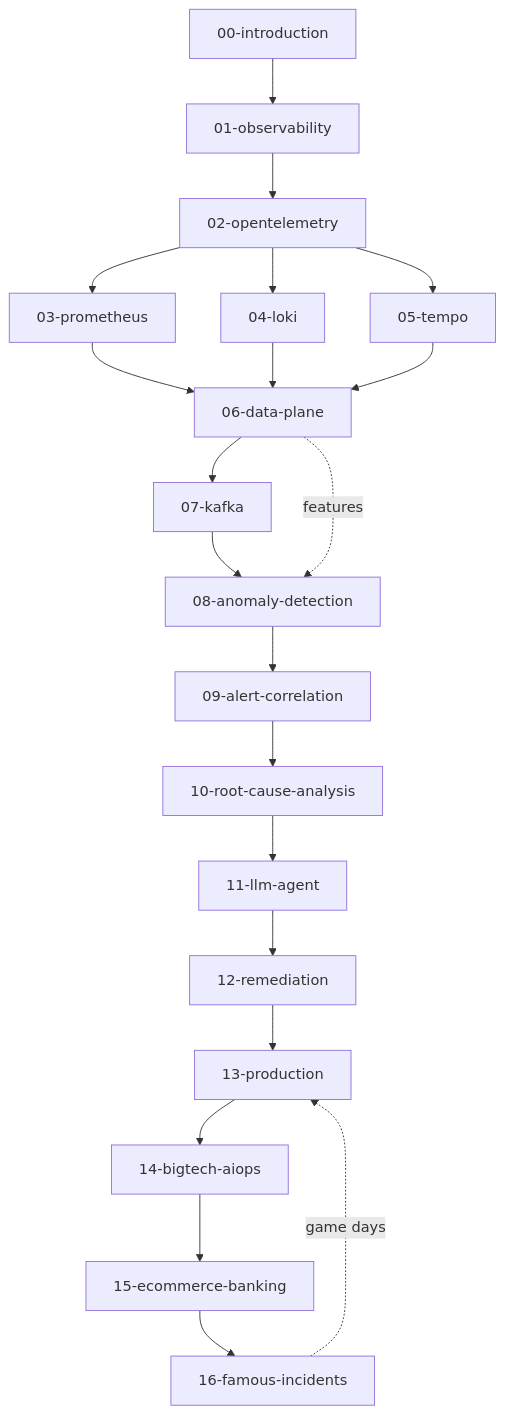
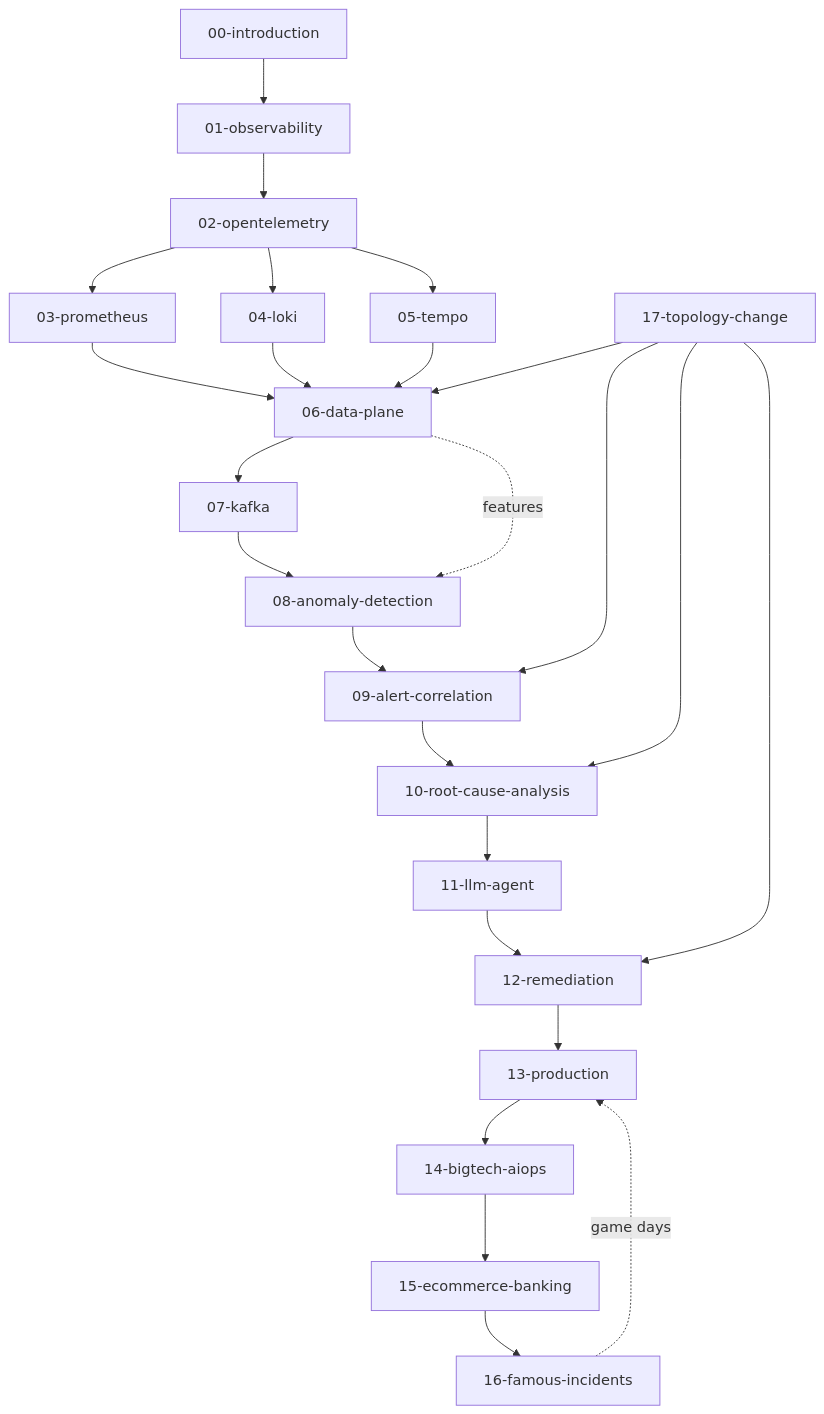
The second of 2 diagrams in README.md (XUanhoa04/aiops-engineering-handbook), drawn with Mermaid before and after one commit. The commit also changed other lines of this file and 19 other files, not shown here.

````diff
--- a/README.md
+++ b/README.md
@@ -155,24 +174,28 @@
 ```mermaid
 graph TD
     INTRO[00-introduction] --> OBS[01-observability]
     OBS --> OTEL[02-opentelemetry]
     OTEL --> PROM[03-prometheus]
     OTEL --> LOKI[04-loki]
     OTEL --> TEMPO[05-tempo]
     PROM --> DP[06-data-plane]
     LOKI --> DP
     TEMPO --> DP
     DP --> KAFKA[07-kafka]
     KAFKA --> AD[08-anomaly-detection]
     AD --> AC[09-alert-correlation]
     AC --> RCA[10-root-cause-analysis]
     RCA --> LLM[11-llm-agent]
     LLM --> REM[12-remediation]
     REM --> PROD[13-production]
     PROD --> BIG[14-bigtech-aiops]
     BIG --> DOM[15-ecommerce-banking]
     DOM --> INC[16-famous-incidents]
+    TOPO[17-topology-change] --> DP
+    TOPO --> AC
+    TOPO --> RCA
+    TOPO --> REM
 
     DP -.->|features| AD
     INC -.->|game days| PROD
 ```
````
